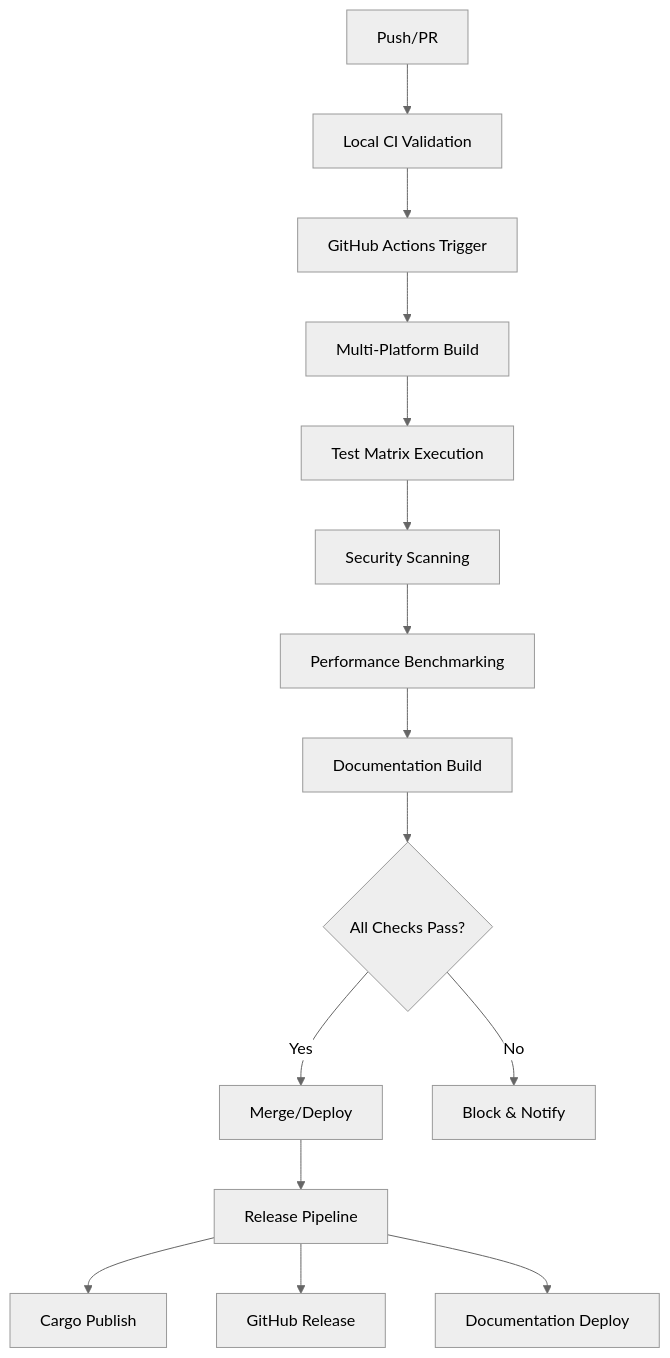
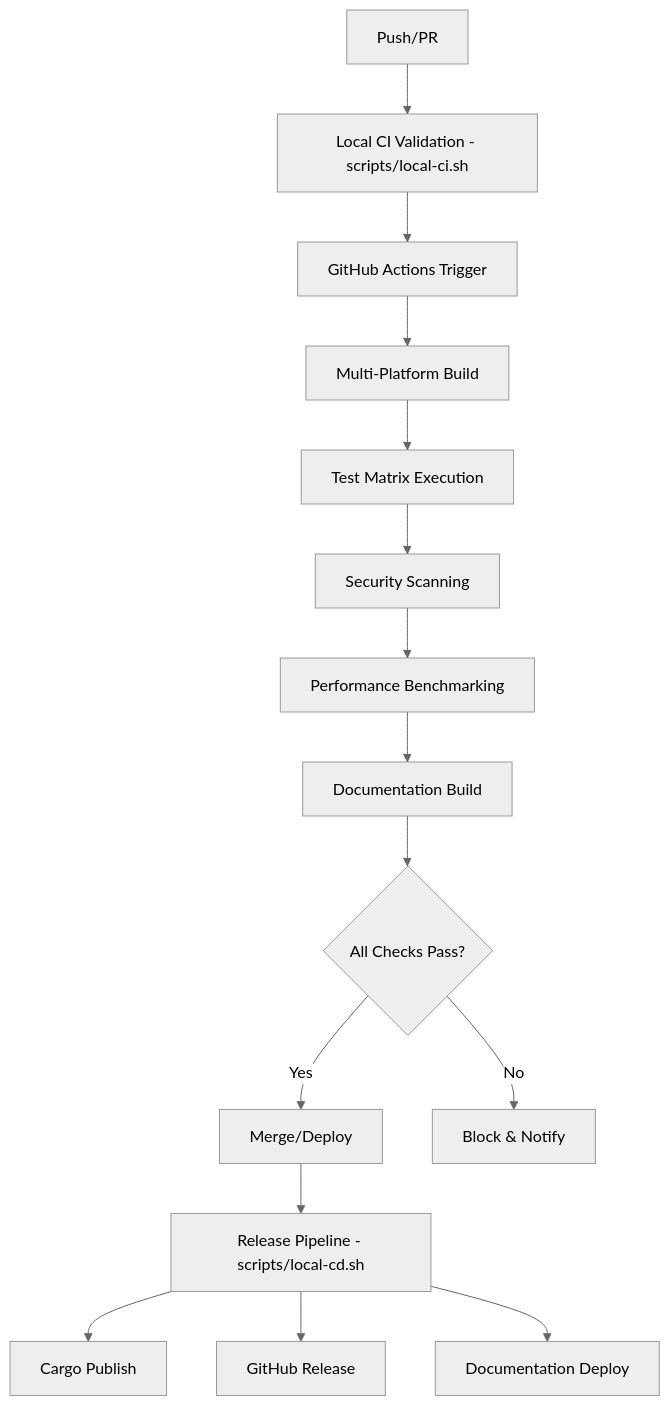
One commit to BA-CalderonMorales/terminal-screensaver changed the diagram in docs/cicd.md. Above: the diagram before and after it, drawn with Mermaid (neutral theme). The commit also changed other lines of this file and 2 other files, not shown here.

First line of the commit message:
Organize scripts into scripts/ folder and create local-cd.sh for crate publishing

````diff
--- a/docs/cicd.md
+++ b/docs/cicd.md
@@ -27,17 +68,17 @@
 ```mermaid
 graph TD
-    A[Push/PR] --> B[Local CI Validation]
+    A[Push/PR] --> B[Local CI Validation - scripts/local-ci.sh]
     B --> C[GitHub Actions Trigger]
     C --> D[Multi-Platform Build]
     D --> E[Test Matrix Execution]
     E --> F[Security Scanning]
     F --> G[Performance Benchmarking]
     G --> H[Documentation Build]
     H --> I{All Checks Pass?}
     I -->|Yes| J[Merge/Deploy]
     I -->|No| K[Block & Notify]
-    J --> L[Release Pipeline]
+    J --> L[Release Pipeline - scripts/local-cd.sh]
     L --> M[Cargo Publish]
     L --> N[GitHub Release]
     L --> O[Documentation Deploy]
 ```
````
